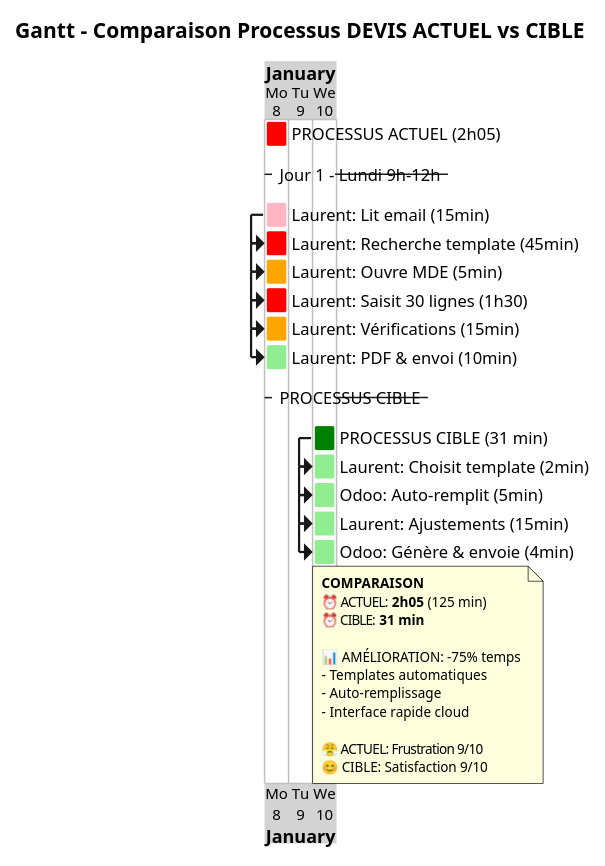
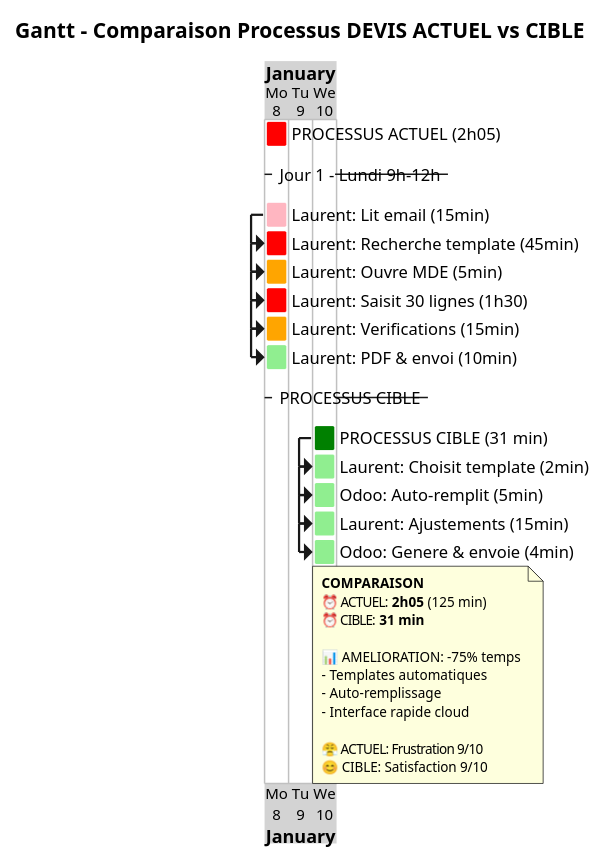
Before and after one commit to JordanSerafini/Audit_Duret: the diagram in Direction-Affaires/uml/11_gantt_comparaison.puml, drawn with PlantUML. The commit also changed 10 other files, not shown here.

```diff
--- a/Direction-Affaires/uml/11_gantt_comparaison.puml
+++ b/Direction-Affaires/uml/11_gantt_comparaison.puml
@@ -1,49 +1,49 @@
 @startgantt Gantt_Comparaison_Actuel_Cible
 
 title Gantt - Comparaison Processus DEVIS ACTUEL vs CIBLE
 
 printscale daily
 
 <style>
 ganttDiagram {
   timeline {
     BackgroundColor lightgray
   }
 }
 </style>
 
 Project starts 2024-01-08
 
 [PROCESSUS ACTUEL (2h05)] as [ACTUEL] lasts 1 day and is colored in Red
 
 -- Jour 1 - Lundi 9h-12h --
 [Laurent: Lit email (15min)] as [A1] lasts 1 day and is colored in LightPink
 [Laurent: Recherche template (45min)] as [A2] lasts 1 day and starts at [A1]'s start and is colored in Red
 [Laurent: Ouvre MDE (5min)] as [A3] lasts 1 day and starts at [A2]'s start and is colored in Orange
 [Laurent: Saisit 30 lignes (1h30)] as [A4] lasts 1 day and starts at [A3]'s start and is colored in Red
-[Laurent: Vérifications (15min)] as [A5] lasts 1 day and starts at [A4]'s start and is colored in Orange
+[Laurent: Verifications (15min)] as [A5] lasts 1 day and starts at [A4]'s start and is colored in Orange
 [Laurent: PDF & envoi (10min)] as [A6] lasts 1 day and starts at [A5]'s start and is colored in LightGreen
 
 -- PROCESSUS CIBLE --
 [PROCESSUS CIBLE (31 min)] as [CIBLE] lasts 1 day and starts at 2024-01-10 and is colored in Green
 
 [Laurent: Choisit template (2min)] as [C1] lasts 1 day and starts at [CIBLE]'s start and is colored in LightGreen
 [Odoo: Auto-remplit (5min)] as [C2] lasts 1 day and starts at [C1]'s start and is colored in LightGreen
 [Laurent: Ajustements (15min)] as [C3] lasts 1 day and starts at [C2]'s start and is colored in LightGreen
-[Odoo: Génère & envoie (4min)] as [C4] lasts 1 day and starts at [C3]'s start and is colored in LightGreen
+[Odoo: Genere & envoie (4min)] as [C4] lasts 1 day and starts at [C3]'s start and is colored in LightGreen
 
 note bottom
   **COMPARAISON**
   ⏰ ACTUEL: **2h05** (125 min)
   ⏰ CIBLE: **31 min**
 
-  📊 AMÉLIORATION: -75% temps
+  📊 AMELIORATION: -75% temps
   - Templates automatiques
   - Auto-remplissage
   - Interface rapide cloud
 
   😤 ACTUEL: Frustration 9/10
   😊 CIBLE: Satisfaction 9/10
 end note
 
 @endgantt
```
